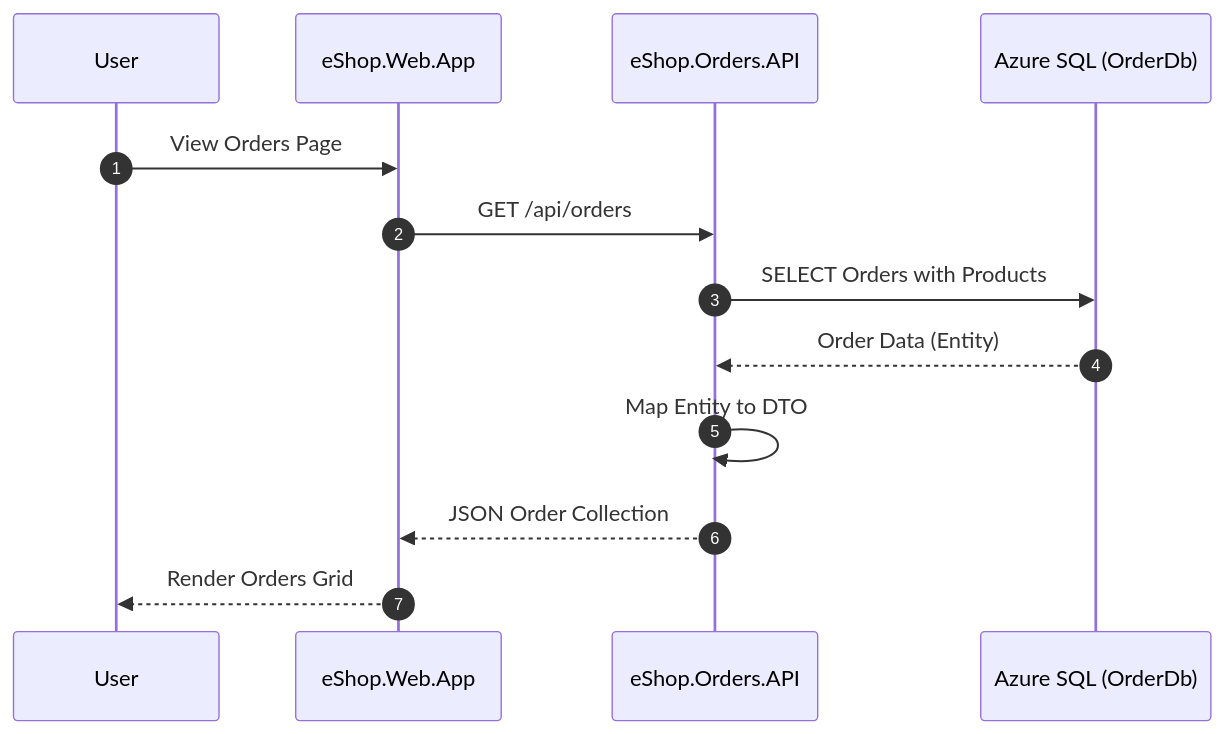
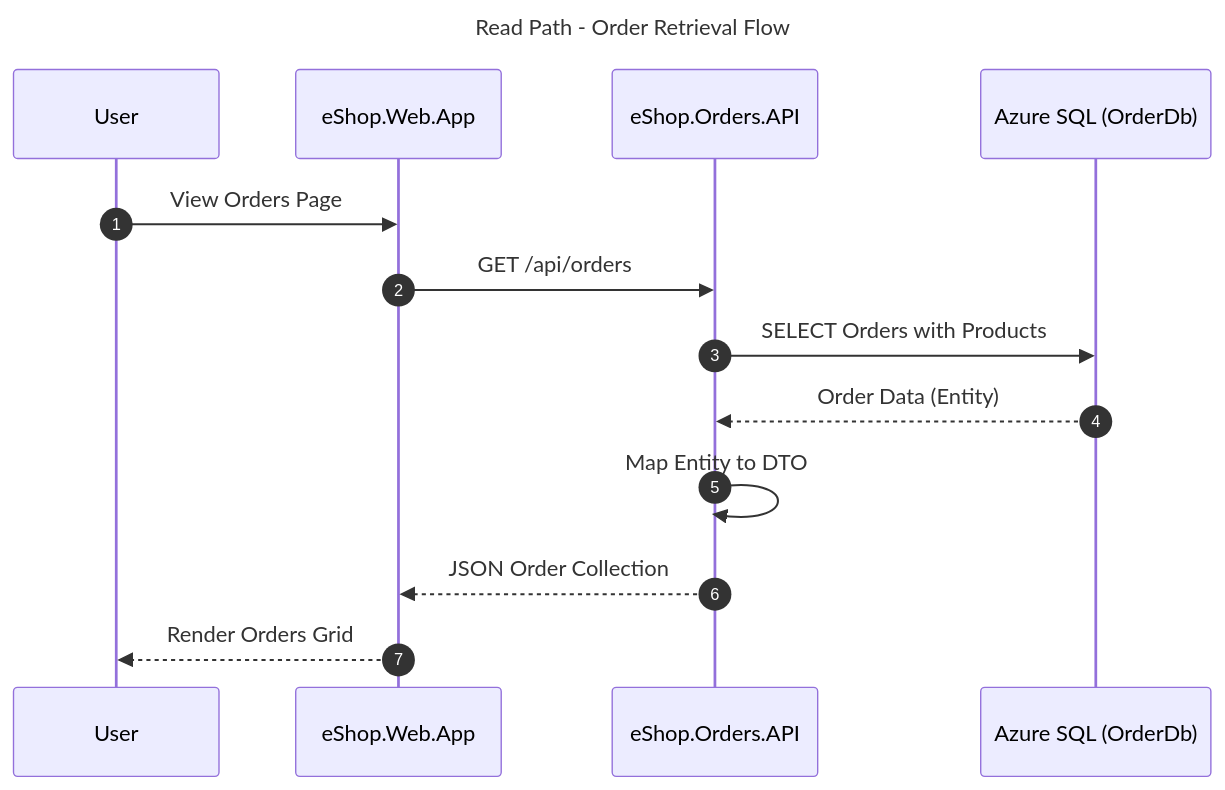
Before and after one commit to Evilazaro/Azure-LogicApps-Monitoring: the third of 9 diagrams in docs/architecture/02-data-architecture.md, drawn with Mermaid. The commit also changed other lines of this file, not shown here.

Commit message:
docs: Add titles and enhance styling for mermaid diagrams in data architecture documentation for improved clarity and organization

````diff
--- a/docs/architecture/02-data-architecture.md
+++ b/docs/architecture/02-data-architecture.md
@@ -159,16 +182,23 @@
 ```mermaid
+---
+title: Read Path - Order Retrieval Flow
+---
 sequenceDiagram
     autonumber
+    %% ===== PARTICIPANTS =====
     participant User as User
     participant Web as eShop.Web.App
     participant API as eShop.Orders.API
     participant DB as Azure SQL (OrderDb)
 
+    %% ===== ORDER RETRIEVAL =====
     User->>Web: View Orders Page
     Web->>API: GET /api/orders
     API->>DB: SELECT Orders with Products
     DB-->>API: Order Data (Entity)
+    
+    %% ===== DATA TRANSFORMATION =====
     API->>API: Map Entity to DTO
     API-->>Web: JSON Order Collection
     Web-->>User: Render Orders Grid
 ```
````
